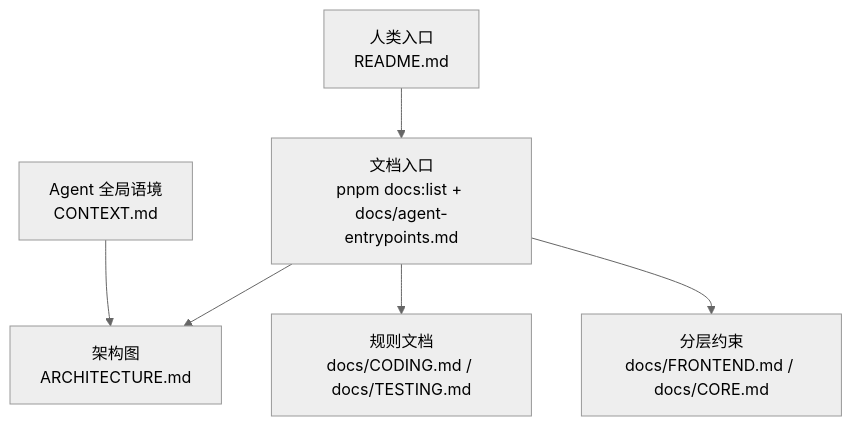
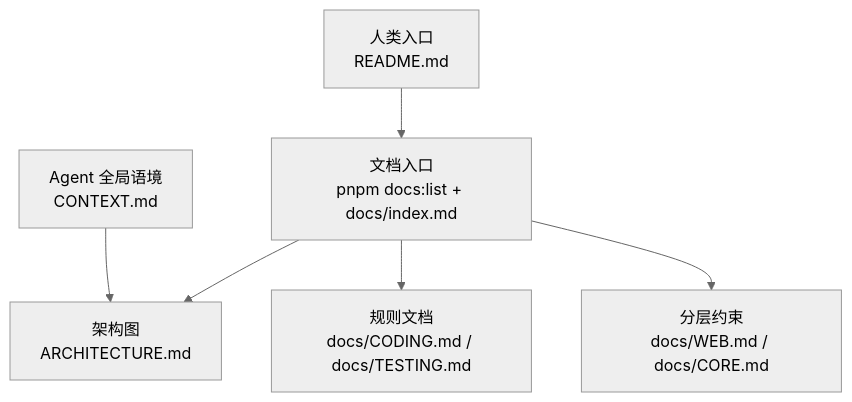
The second of 2 diagrams in ARCHITECTURE.md (loggerhead/treease), drawn with Mermaid (neutral theme) before and after one commit. The commit also changed other lines of this file and 15 other files, not shown here.

Commit message:
fix(web): keep graph probe controller singular

````diff
--- a/ARCHITECTURE.md
+++ b/ARCHITECTURE.md
@@ -96,8 +96,8 @@
 ```mermaid
 flowchart TD
-  Human["人类入口\nREADME.md"] --> Docs["文档入口\npnpm docs:list + docs/agent-entrypoints.md"]
+  Human["人类入口\nREADME.md"] --> Docs["文档入口\npnpm docs:list + docs/index.md"]
   Agent["Agent 全局语境\nCONTEXT.md"] --> Architecture["架构图\nARCHITECTURE.md"]
   Docs --> Architecture
   Docs --> Rules["规则文档\ndocs/CODING.md / docs/TESTING.md"]
-  Docs --> LayerRules["分层约束\ndocs/FRONTEND.md / docs/CORE.md"]
+  Docs --> LayerRules["分层约束\ndocs/WEB.md / docs/CORE.md"]
 ```
````
